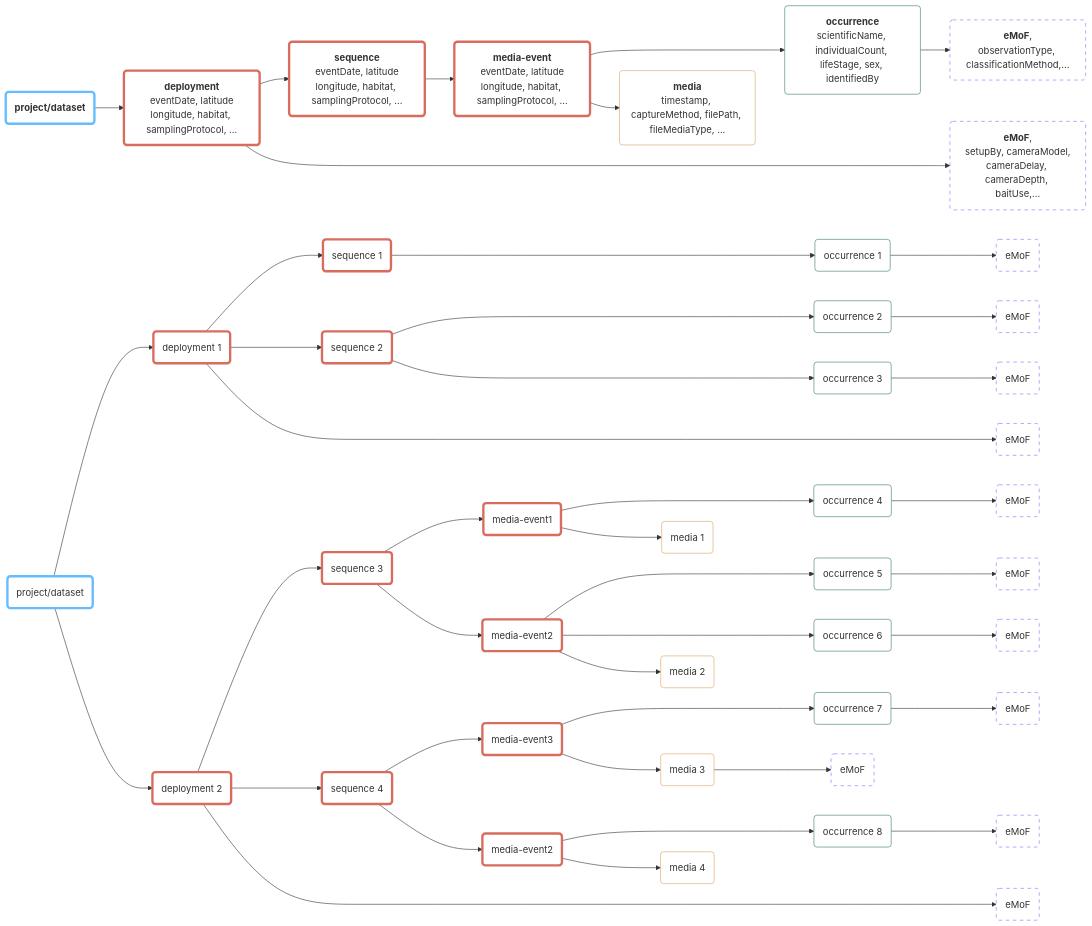
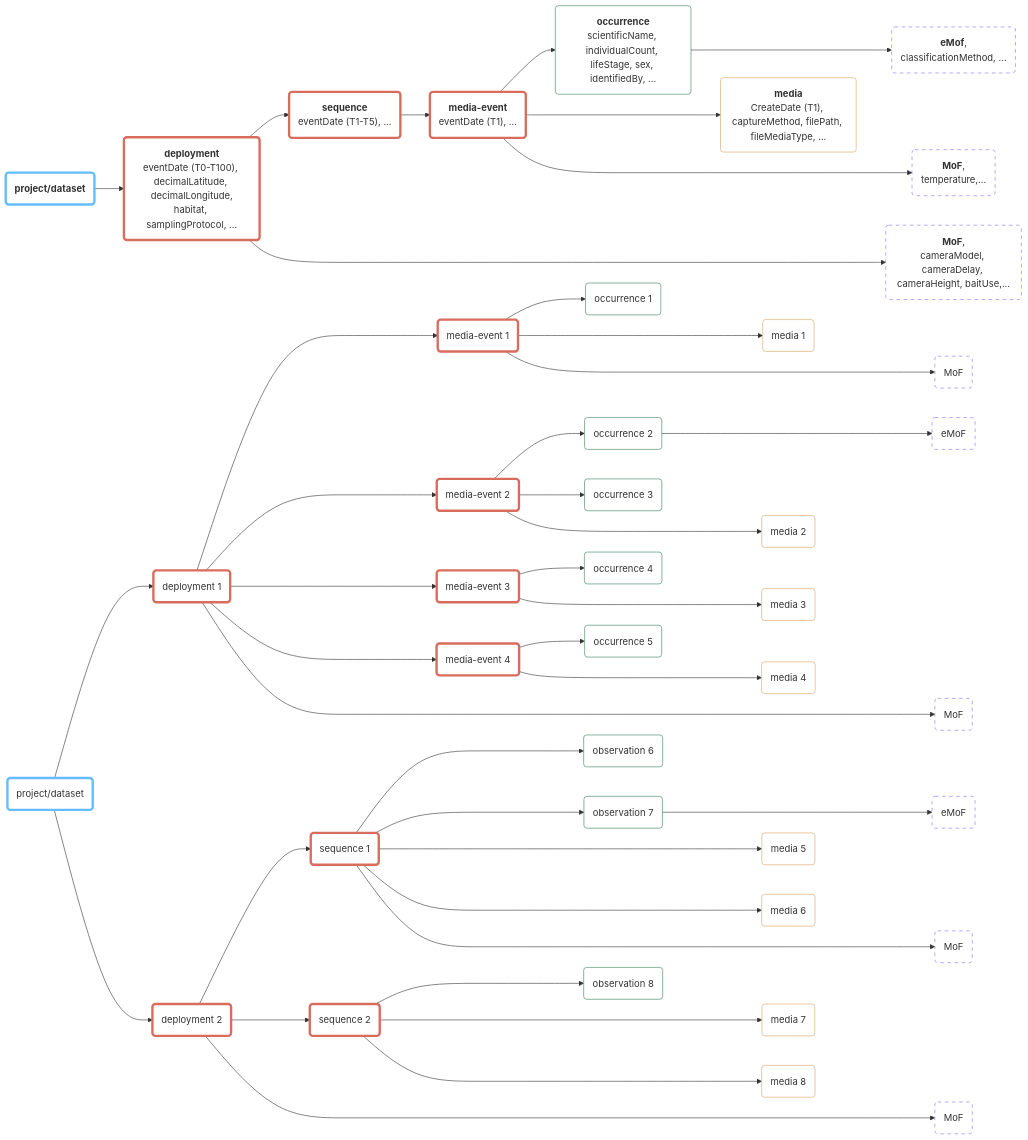
The diagram in data/dwc_event/README.md (inbo/dwc-event-workshop), drawn with Mermaid before and after one commit.

Commit message:
Update diagram
- Indicate T0, T1, etc. timestamps
- Use decimalLatitude, decimalLongitude and don't repeat for child events
- Update timestamp to CreateDate in aud0
- Differentiate between mof en emof
- Simplify numbering
- Put occurrence in a column before Audobon files
- Cf. Camtrap DP, have dep1 use media-level and dep2 use sequence level (not mixed)
- Don't include mof for all

Ping @LienReyserhove

````diff
--- a/data/dwc_event/README.md
+++ b/data/dwc_event/README.md
@@ -10,94 +10,90 @@
 
     prj0("`**project/dataset**`"):::prj_event
     dep0("`**deployment**
-        eventDate, latitude
-        longitude, habitat, samplingProtocol, ...`"):::dep_event
+        eventDate (T0-T100), decimalLatitude, decimalLongitude,
+        habitat, samplingProtocol, ...`"):::dep_event
     seq0("`**sequence**
-        eventDate, latitude
-        longitude, habitat, samplingProtocol, ...`"):::seq_event
+        eventDate (T1-T5), ...`"):::seq_event
     med0("`**media-event**
-        eventDate, latitude
-        longitude, habitat, samplingProtocol, ...`"):::media_event
+        eventDate (T1), ...`"):::media_event
     obs0("`**occurrence**
-        scientificName, individualCount, lifeStage, sex, identifiedBy`"):::occ_ext
+        scientificName, individualCount, lifeStage, sex, identifiedBy, ...`"):::occ_ext
     aud0("`**media**
-        timestamp, captureMethod, filePath, fileMediaType, ...`"):::media_ext
-    emof_dep0("`**eMoF**,
-        setupBy, cameraModel,
-        cameraDelay, cameraDepth, 
-        baitUse,...`"):::emof_ext
-    emof_obs0("`**eMoF**,
-        observationType, classificationMethod,...`"):::emof_ext
+        CreateDate (T1), captureMethod, filePath, fileMediaType, ...`"):::media_ext
+    emof_dep0("`**MoF**,
+        cameraModel, cameraDelay, cameraHeight, baitUse,...`"):::emof_ext
+    emof_med0("`**MoF**,
+        temperature,...`"):::emof_ext
+    emof_obs0("`**eMof**,
+        classificationMethod, ...`"):::emof_ext
        
-    prj0 --> dep0 --> seq0 --> med0 ---> obs0
-    med0-->aud0
-    dep0------>emof_dep0
-    obs0--> emof_obs0
+    prj0 --> dep0 --> seq0 --> med0 --> obs0
+    med0 ---> aud0
+    dep0 ------> emof_dep0
+    med0 ----> emof_med0
+    obs0 ---> emof_obs0
 
     prj1("project/dataset"):::prj_event
     
     dep1("deployment 1"):::dep_event
+    med1("media-event 1"):::media_event
+    med2("media-event 2"):::media_event
+    med3("media-event 3"):::media_event
+    med4("media-event 4"):::media_event
+    obs1("occurrence 1"):::occ_ext
+    obs2("occurrence 2"):::occ_ext
+    obs3("occurrence 3"):::occ_ext
+    obs4("occurrence 4"):::occ_ext
+    obs5("occurrence 5"):::occ_ext
+    aud1("media 1"):::media_ext
+    aud2("media 2"):::media_ext
+    aud3("media 3"):::media_ext
+    aud4("media 4"):::media_ext
+    emof_dep1("MoF"):::emof_ext
+    emof_med1("MoF"):::emof_ext
+    emof_obs2("eMoF"):::emof_ext
+    prj1 --> dep1
+    dep1 ---> med1
+    dep1 ---> med2
+    dep1 ---> med3
+    dep1 ---> med4
+    med1 --> obs1
+    med2 --> obs2
+    med2 --> obs3
+    med3 --> obs4
+    med4 --> obs5
+    med1 ---> aud1
+    med2 ---> aud2
+    med3 ---> aud3
+    med4 ---> aud4
+    dep1 ------> emof_dep1
+    med1 ----> emof_med1
+    obs2 ---> emof_obs2
+    
     dep2("deployment 2"):::dep_event
-
-    seq1_1("sequence 1"):::seq_event
-    seq1_2("sequence 2"):::seq_event
-    seq2_1("sequence 3"):::seq_event
-    seq2_2("sequence 4"):::seq_event
-
-    media2_1a("media-event1"):::media_event
-    media2_1b("media-event2"):::media_event
-    media2_2a("media-event3"):::media_event
-    media2_2b("media-event2"):::media_event
-
-
-    obs1_1("occurrence 1"):::occ_ext
-    obs1_2a("occurrence 2"):::occ_ext
-    obs1_2b("occurrence 3"):::occ_ext
-    occ2_1a("occurrence 4"):::occ_ext
-    occ2_1b1("occurrence 5"):::occ_ext
-    occ2_1b2("occurrence 6"):::occ_ext
-    occ2_2a("occurrence 7"):::occ_ext
-    occ2_2b("occurrence 8"):::occ_ext
-
-    aud2_1a("media 1"):::media_ext
-    aud2_1b("media 2"):::media_ext
-    aud2_2a("media 3"):::media_ext
-    aud2_2b("media 4"):::media_ext
-
-    emof_dep1("eMoF"):::emof_ext
-    emof_dep2("eMoF"):::emof_ext
-    emof_obs1("eMoF"):::emof_ext
-    emof_obs2("eMoF"):::emof_ext
-    emof_obs3("eMoF"):::emof_ext
-    emof_obs4("eMoF"):::emof_ext
-    emof_obs5("eMoF"):::emof_ext
-    emof_obs6("eMoF"):::emof_ext
+    seq1("sequence 1"):::seq_event
+    seq2("sequence 2"):::seq_event
+    obs6("observation 6"):::occ_ext
+    obs7("observation 7"):::occ_ext
+    obs8("observation 8"):::occ_ext
+    aud5("media 5"):::media_ext
+    aud6("media 6"):::media_ext
+    aud7("media 7"):::media_ext
+    aud8("media 8"):::media_ext
+    emof_dep2("MoF"):::emof_ext
+    emof_seq1("MoF"):::emof_ext
     emof_obs7("eMoF"):::emof_ext
-    emof_obs8("eMoF"):::emof_ext
-    emof_obs9("eMoF"):::emof_ext
-
-    prj1-->dep1
-        dep1 --> seq1_1
-            seq1_1---->obs1_1 -->emof_obs1
-        dep1 --> seq1_2
-            seq1_2---->obs1_2a-->emof_obs2
-            seq1_2---->obs1_2b-->emof_obs3
-        dep1------>emof_dep1
-    prj1-->dep2
-        dep2-->seq2_1
-            seq2_1-->media2_1a
-                media2_1a--->occ2_1a-->emof_obs4
-                media2_1a-->aud2_1a
-            seq2_1-->media2_1b
-                media2_1b--->occ2_1b1-->emof_obs5
-                media2_1b--->occ2_1b2-->emof_obs6
-                media2_1b-->aud2_1b
-        dep2-->seq2_2
-            seq2_2-->media2_2a
-                media2_2a--->occ2_2a-->emof_obs7
-                media2_2a-->aud2_2a-->emof_obs8
-            seq2_2-->media2_2b
-                media2_2b--->occ2_2b-->emof_obs9
-                media2_2b-->aud2_2b
-        dep2------>emof_dep2
+    prj1 --> dep2
+    dep2 --> seq1
+    dep2 --> seq2
+    seq1 ---> obs6
+    seq1 ---> obs7
+    seq2 ---> obs8
+    seq1 ----> aud5
+    seq1 ----> aud6
+    seq2 ----> aud7
+    seq2 ----> aud8
+    dep2 ------> emof_dep2
+    seq1 -----> emof_seq1
+    obs7 ---> emof_obs7
 ```
````
